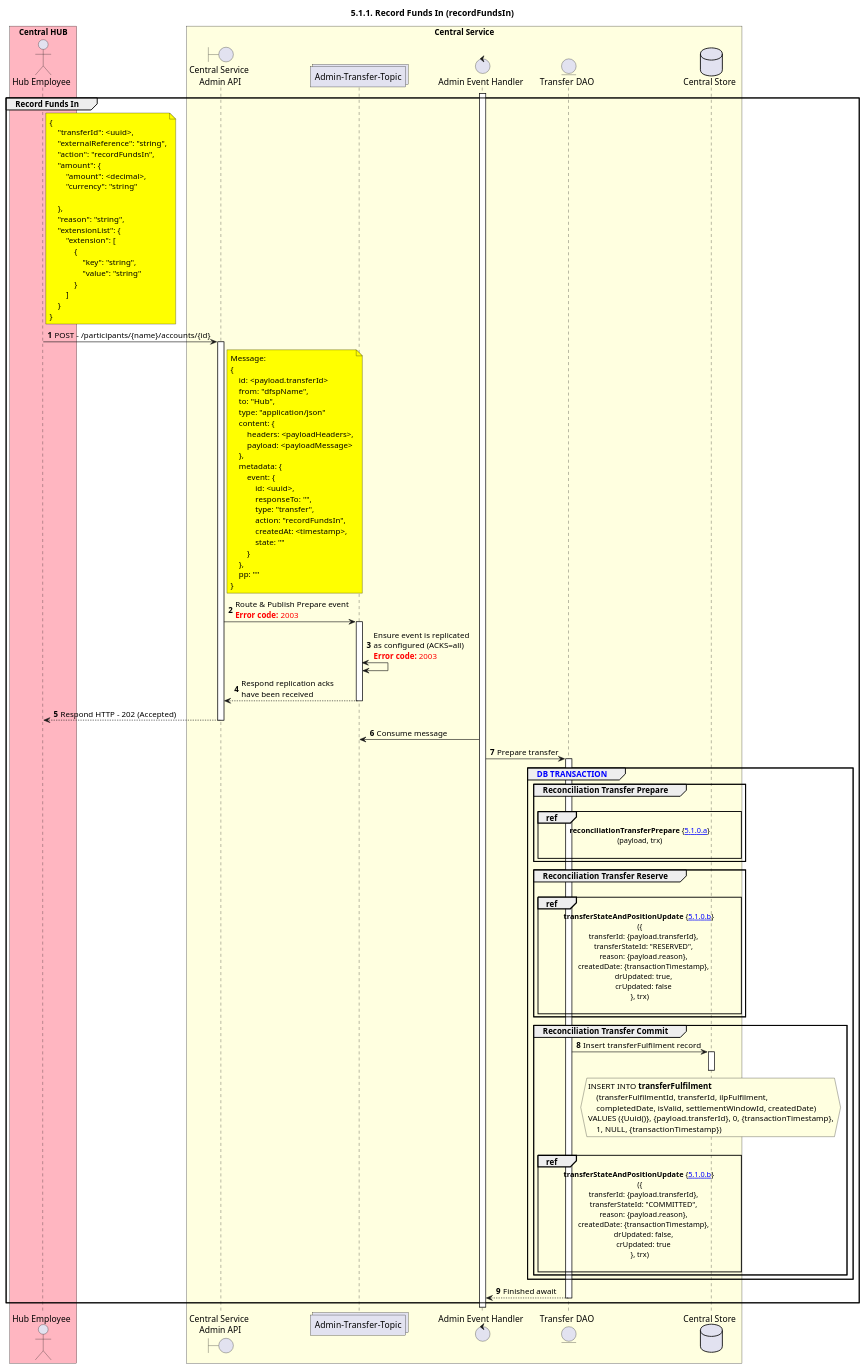
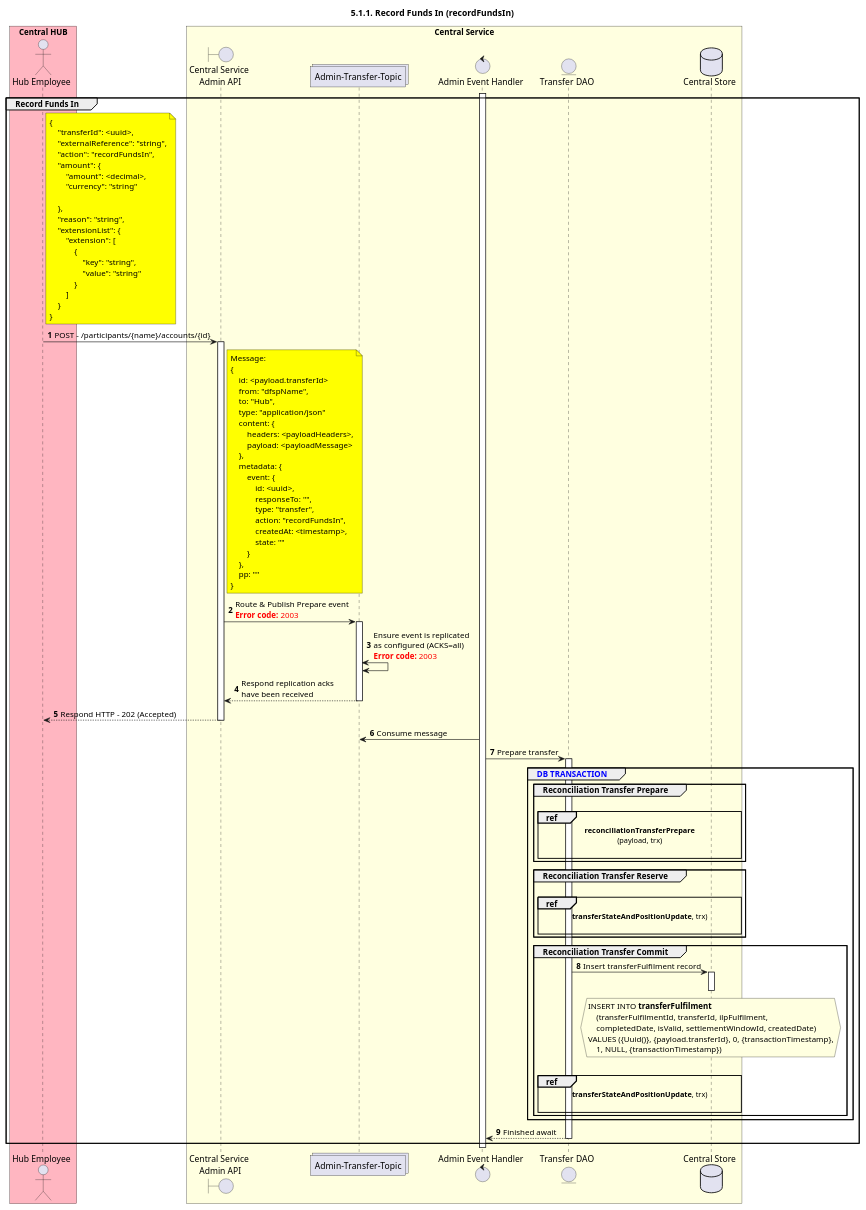
The diagram in mojaloop-technical-overview/central-settlements/funds-in-out/assets/diagrams/sequence/seq-recfunds-5.1.1-in.plantuml (mojaloop/documentation), drawn with PlantUML before and after one commit. The commit also changed 22 other files, not shown here.

Commit message:
Remove SVG hrefs to mojaloop/docs

```diff
--- a/mojaloop-technical-overview/central-settlements/funds-in-out/assets/diagrams/sequence/seq-recfunds-5.1.1-in.plantuml
+++ b/mojaloop-technical-overview/central-settlements/funds-in-out/assets/diagrams/sequence/seq-recfunds-5.1.1-in.plantuml
@@ -25,126 +25,126 @@
 @startuml
 ' declate title
 title 5.1.1. Record Funds In (recordFundsIn)
 
 autonumber
 
 ' Actor Keys:
 '   boundary - APIs/Interfaces, etc
 '   collections - Kafka Topics
 '   control - Kafka Consumers
 '   entity - Database Access Objects
 '   database - Database Persistance Store
 
 ' declare actors
 actor "Hub Employee" as OPERATOR
 boundary "Central Service\n Admin API" as CS_ADMIN_API
 collections "Admin-Transfer-Topic" as TOPIC_ADMIN_TRANSFER
 control "Admin Event Handler" as ADMIN_HANDLER
 entity "Transfer DAO" as TRANSFER_DAO
 database "Central Store" as DB
 
 box "Central HUB" #lightpink
     participant OPERATOR
 end box
 
 box "Central Service" #LightYellow
     participant CS_ADMIN_API
 	participant TOPIC_ADMIN_TRANSFER
     participant ADMIN_HANDLER
     participant TRANSFER_DAO
     participant DB
 end box
 
 ' start flow
 activate ADMIN_HANDLER
 group Record Funds In
     note right of OPERATOR #yellow
         {
             "transferId": <uuid>,
             "externalReference": "string",
             "action": "recordFundsIn",
             "amount": {
                 "amount": <decimal>,
                 "currency": "string"
 
             },
             "reason": "string",
             "extensionList": {
                 "extension": [
                     {
                         "key": "string",
                         "value": "string"
                     }
                 ]
             }
         }
     end note
     OPERATOR -> CS_ADMIN_API: POST - /participants/{name}/accounts/{id}
     activate CS_ADMIN_API
 
     note right of CS_ADMIN_API #yellow
         Message:
         {
             id: <payload.transferId>
             from: "dfspName",
             to: "Hub",
             type: "application/json"
             content: {
                 headers: <payloadHeaders>,
                 payload: <payloadMessage>
             },
             metadata: {
                 event: {
                     id: <uuid>,
                     responseTo: "",
                     type: "transfer",
                     action: "recordFundsIn",
                     createdAt: <timestamp>,
                     state: ""
                 }
             },
             pp: ""
         }
     end note
     CS_ADMIN_API -> TOPIC_ADMIN_TRANSFER: Route & Publish Prepare event\n<color #FF0000><b>Error code:</b> 2003</color>
     activate TOPIC_ADMIN_TRANSFER
     TOPIC_ADMIN_TRANSFER <-> TOPIC_ADMIN_TRANSFER: Ensure event is replicated\nas configured (ACKS=all)\n<color #FF0000><b>Error code:</b> 2003</color>
     TOPIC_ADMIN_TRANSFER --> CS_ADMIN_API: Respond replication acks\nhave been received
     deactivate TOPIC_ADMIN_TRANSFER
     CS_ADMIN_API ---> OPERATOR: Respond HTTP - 202 (Accepted)
     deactivate CS_ADMIN_API
 
     TOPIC_ADMIN_TRANSFER <- ADMIN_HANDLER: Consume message
     ADMIN_HANDLER -> TRANSFER_DAO: Prepare transfer
     activate TRANSFER_DAO
     group <color #blue>DB TRANSACTION</color>
         group Reconciliation Transfer Prepare
             |||
-            ref over TRANSFER_DAO, DB:**reconciliationTransferPrepare** {[[https://github.com/mojaloop/docs/blob/master/Diagrams/SequenceDiagrams/seq-recfunds-5.1.0.a-reconciliationTransferPrepare.svg 5.1.0.a]]}\n(payload, trx)\n
+            ref over TRANSFER_DAO, DB:**reconciliationTransferPrepare**\n(payload, trx)\n
         end
 
         group Reconciliation Transfer Reserve
             |||
-            ref over TRANSFER_DAO, DB:**transferStateAndPositionUpdate** {[[https://github.com/mojaloop/docs/blob/master/Diagrams/SequenceDiagrams/seq-recfunds-5.1.0.b-transferStateAndPositionUpdate.svg 5.1.0.b]]} \n({\n    transferId: {payload.transferId},\n    transferStateId: "RESERVED",\n    reason: {payload.reason},\n    createdDate: {transactionTimestamp},\n    drUpdated: true,\n    crUpdated: false\n}, trx)\n
+            ref over TRANSFER_DAO, DB:**transferStateAndPositionUpdate**, trx)\n
         end
 
         group Reconciliation Transfer Commit
             TRANSFER_DAO -> DB: Insert transferFulfilment record
             activate DB
             deactivate DB
             hnote over DB #lightyellow
                 INSERT INTO **transferFulfilment**
                     (transferFulfilmentId, transferId, ilpFulfilment,
                     completedDate, isValid, settlementWindowId, createdDate)
                 VALUES ({Uuid()}, {payload.transferId}, 0, {transactionTimestamp},
                     1, NULL, {transactionTimestamp})
             end hnote
             |||
-            ref over TRANSFER_DAO, DB:**transferStateAndPositionUpdate** {[[https://github.com/mojaloop/docs/blob/master/Diagrams/SequenceDiagrams/seq-recfunds-5.1.0.b-transferStateAndPositionUpdate.svg 5.1.0.b]]} \n({\n    transferId: {payload.transferId},\n    transferStateId: "COMMITTED",\n    reason: {payload.reason},\n    createdDate: {transactionTimestamp},\n    drUpdated: false,\n    crUpdated: true\n}, trx)\n
+            ref over TRANSFER_DAO, DB:**transferStateAndPositionUpdate**, trx)\n
         end
     end
     ADMIN_HANDLER <-- TRANSFER_DAO: Finished await
     deactivate TRANSFER_DAO
 end
 deactivate ADMIN_HANDLER
 @enduml
```
